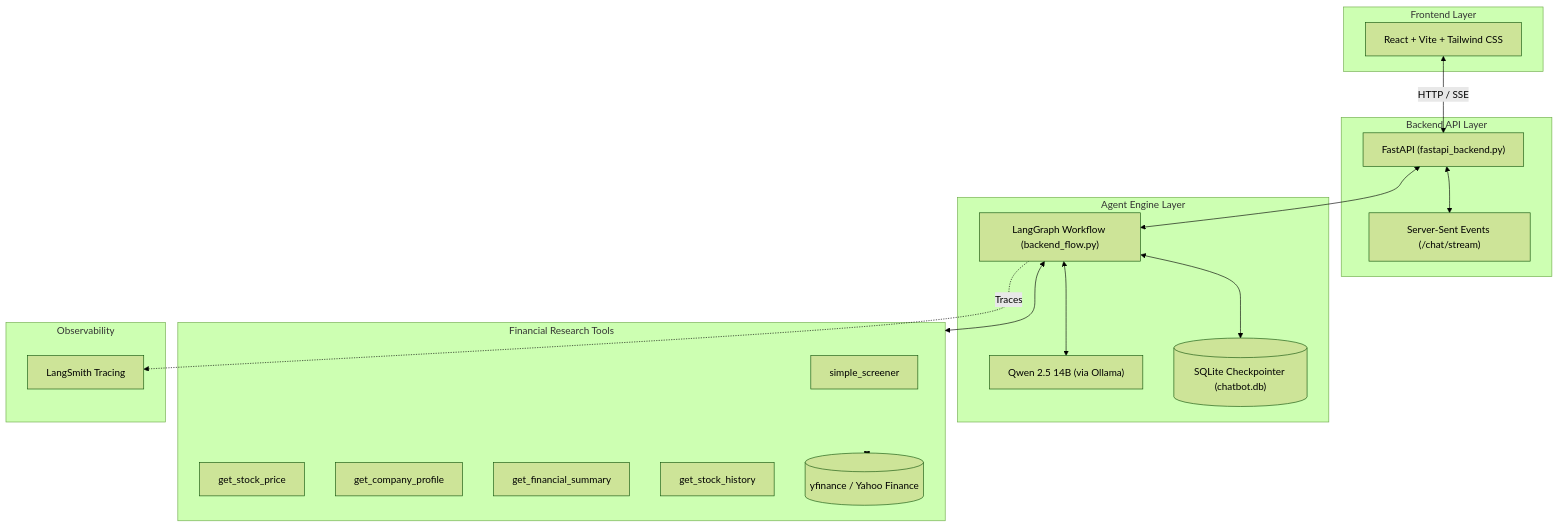
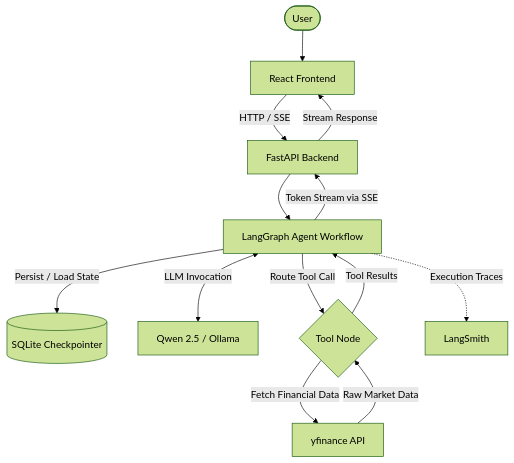
One commit to AnkurDas76/StockInsight changed the diagram in README.md. Above: the diagram before and after it, drawn with Mermaid (forest theme). The commit also changed other lines of this file and 2 other files, not shown here.

````diff
--- a/README.md
+++ b/README.md
@@ -46,39 +24,15 @@
 ```mermaid
 flowchart TD
-    subgraph Client ["Frontend Layer"]
-        UI["React + Vite + Tailwind CSS"]
-    end
-
-    subgraph API ["Backend API Layer"]
-        FA["FastAPI (fastapi_backend.py)"]
-        SSE["Server-Sent Events (/chat/stream)"]
-    end
-
-    subgraph Agent ["Agent Engine Layer"]
-        LG["LangGraph Workflow (backend_flow.py)"]
-        LLM["Qwen 2.5 14B (via Ollama)"]
-        Saver[("SQLite Checkpointer (chatbot.db)")]
-    end
-
-    subgraph Tools ["Financial Research Tools"]
-        T1["simple_screener"]
-        T2["get_stock_price"]
-        T3["get_company_profile"]
-        T4["get_financial_summary"]
-        T5["get_stock_history"]
-        YF[("yfinance / Yahoo Finance")]
-    end
-
-    subgraph Obs ["Observability"]
-        LS["LangSmith Tracing"]
-    end
-
-    UI <-->|HTTP / SSE| FA
-    FA <--> SSE
-    FA <--> LG
-    LG <--> Saver
-    LG <--> LLM
-    LG <--> Tools
-    Tools <--> YF
-    LG -.->|Traces| LS
+    User([User]) --> UI[React Frontend]
+    UI -->|HTTP / SSE| API[FastAPI Backend]
+    API --> Agent[LangGraph Agent Workflow]
+    Agent -->|Persist / Load State| DB[(SQLite Checkpointer)]
+    Agent <-->|LLM Invocation| LLM[Qwen 2.5 / Ollama]
+    Agent -->|Route Tool Call| Tools{Tool Node}
+    Tools -->|Fetch Financial Data| YF[yfinance API]
+    YF -->|Raw Market Data| Tools
+    Tools -->|Tool Results| Agent
+    Agent -->|Token Stream via SSE| API
+    API -->|Stream Response| UI
+    Agent -.->|Execution Traces| LS[LangSmith]
 ```
````
